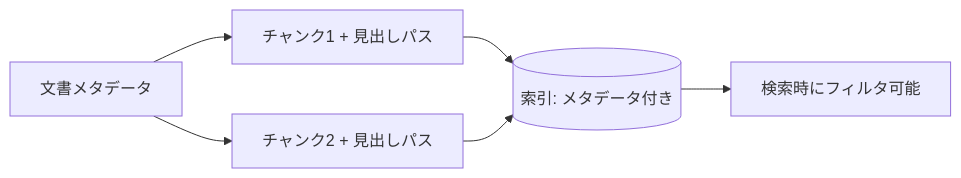
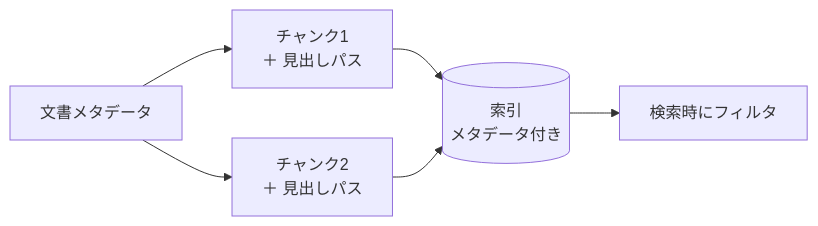
The diagram in src/content/docs/data-modeling/metadata.md (mike-sugimoto/ai-tech-notes), drawn with Mermaid before and after one commit. The commit also changed other lines of this file and 4 other files, not shown here.

````diff
--- a/src/content/docs/data-modeling/metadata.md
+++ b/src/content/docs/data-modeling/metadata.md
@@ -25,7 +46,8 @@
 ```mermaid
 flowchart LR
-    DOC[文書メタデータ] --> CH1[チャンク1 + 見出しパス]
-    DOC --> CH2[チャンク2 + 見出しパス]
-    CH1 & CH2 --> IDX[(索引: メタデータ付き)]
-    IDX --> FILTER[検索時にフィルタ可能]
+    DOC[文書メタデータ] --> CH1[チャンク1<br/>＋ 見出しパス]
+    DOC --> CH2[チャンク2<br/>＋ 見出しパス]
+    CH1 --> IDX[(索引<br/>メタデータ付き)]
+    CH2 --> IDX
+    IDX --> FILTER[検索時にフィルタ]
 ```
````
